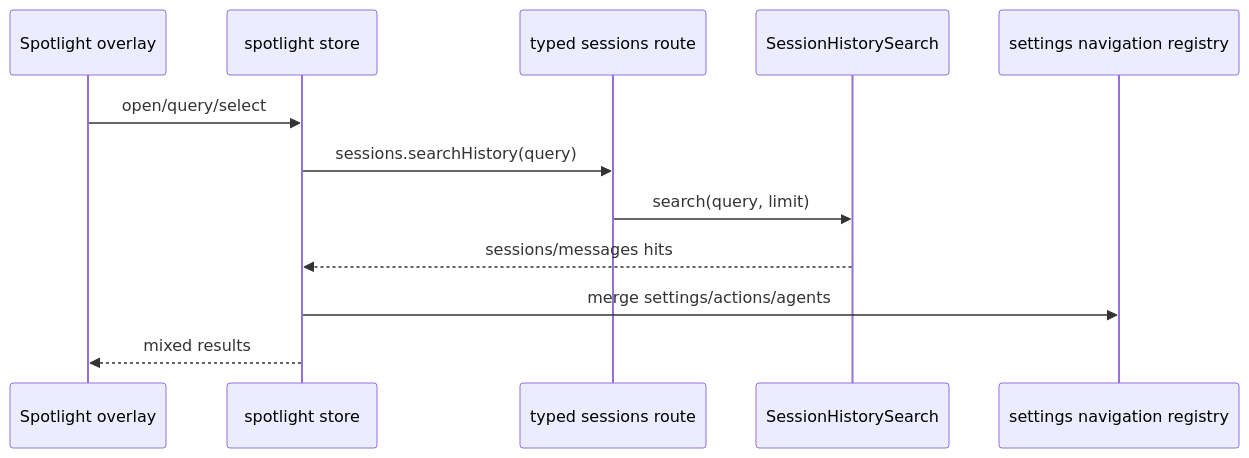
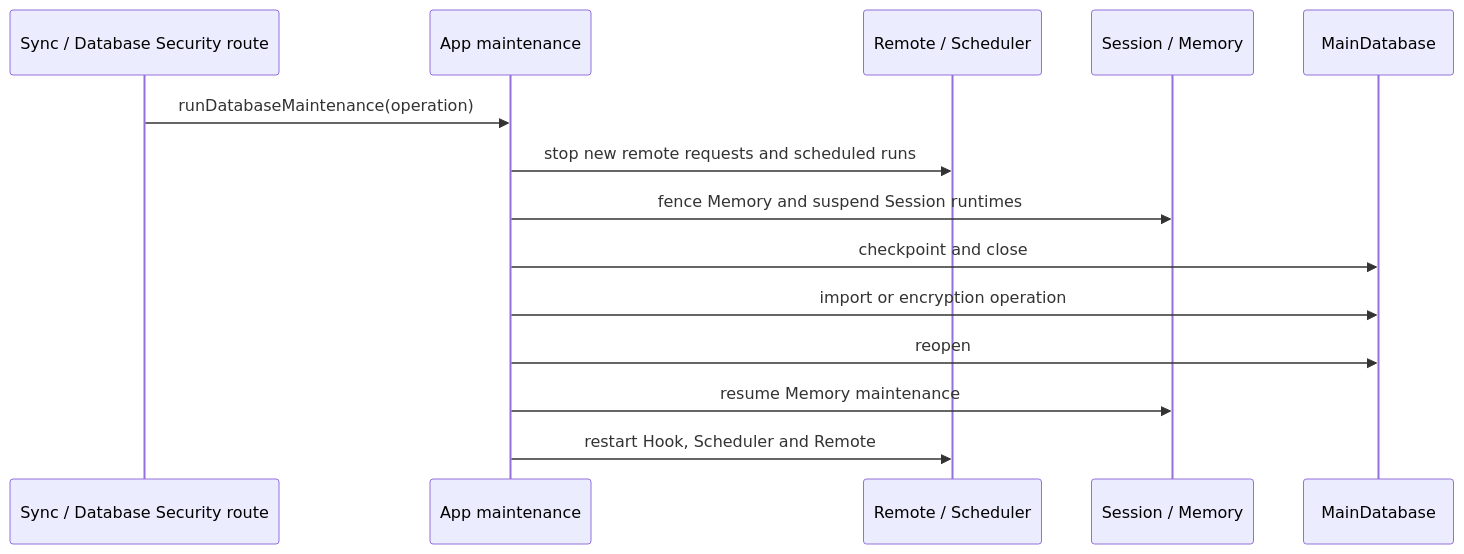
The seventh of 8 diagrams in docs/FLOWS.md (zerob13/deepchat), drawn with Mermaid before and after one commit. The commit also changed other lines of this file and 1922 other files, not shown here.

First line of the commit message:
refactor(main): realign process architecture (#1987)

````diff
--- a/docs/FLOWS.md
+++ b/docs/FLOWS.md
@@ -181,15 +146,17 @@
 ```mermaid
 sequenceDiagram
-    participant UI as Spotlight overlay
-    participant Store as spotlight store
-    participant Route as typed sessions route
-    participant Search as SessionHistorySearch
-    participant Settings as settings navigation registry
+    participant Route as Sync / Database Security route
+    participant App as App maintenance
+    participant Entry as Remote / Scheduler
+    participant Runtime as Session / Memory
+    participant DB as MainDatabase
 
-    UI->>Store: open/query/select
-    Store->>Route: sessions.searchHistory(query)
-    Route->>Search: search(query, limit)
-    Search-->>Store: sessions/messages hits
-    Store->>Settings: merge settings/actions/agents
-    Store-->>UI: mixed results
+    Route->>App: runDatabaseMaintenance(operation)
+    App->>Entry: stop new remote requests and scheduled runs
+    App->>Runtime: fence Memory and suspend Session runtimes
+    App->>DB: checkpoint and close
+    App->>DB: import or encryption operation
+    App->>DB: reopen
+    App->>Runtime: resume Memory maintenance
+    App->>Entry: restart Hook, Scheduler and Remote
 ```
````
